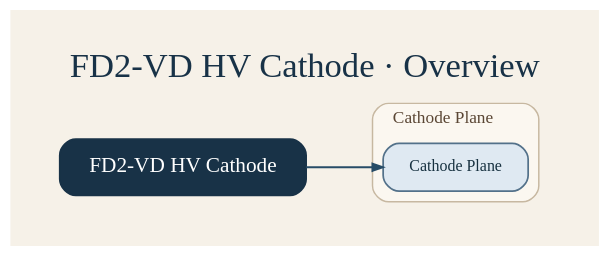
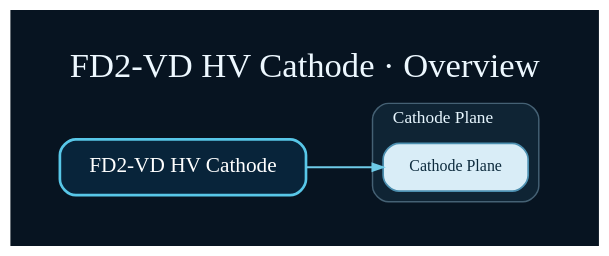
The diagram in docs/dot/fd2_vd_hv_cathode_overview.dot (marroyav/hardware-database), drawn with Graphviz before and after one commit. The commit also changed 93 other files, not shown here.

```diff
--- a/docs/dot/fd2_vd_hv_cathode_overview.dot
+++ b/docs/dot/fd2_vd_hv_cathode_overview.dot
@@ -1,40 +1,40 @@
 digraph HardwareModel {
   graph [
     rankdir=LR,
     splines=true,
     overlap=false,
     newrank=true,
     compound=true,
-    bgcolor="#f6f1e8",
+    bgcolor="#071421",
     pad="0.35",
     nodesep="0.45",
     ranksep="0.8",
     label="FD2-VD HV Cathode · Overview",
     labelloc="t",
     labeljust="l",
-    fontname="Iowan Old Style",
+    fontname="Avenir Next",
     fontsize=26,
-    fontcolor="#183247"
+    fontcolor="#edf8ff"
   ];
   node [fontname="Avenir Next", fontsize=12, margin="0.18,0.12", penwidth=1.3];
-  edge [fontname="Avenir Next", fontsize=10, arrowsize=0.8, penwidth=1.2, color="#33536a", fontcolor="#33536a"];
+  edge [fontname="Avenir Next", fontsize=10, arrowsize=0.8, penwidth=1.2, color="#6ecbe8", fontcolor="#bdefff"];
 
-  fd2_vd_hv_cathode [label="FD2-VD HV Cathode", fontname="Avenir Next", URL="../explorer.html#object=fd2_vd_hv_cathode", target="_top", tooltip="Open FD2-VD HV Cathode in the interactive explorer", shape="box", style="rounded,filled", fillcolor="#183247", color="#183247", fontcolor="#ffffff", fontsize="16", margin="0.24,0.16", penwidth="1.5"];
+  fd2_vd_hv_cathode [label="FD2-VD HV Cathode", fontname="Avenir Next", URL="../explorer.html#object=fd2_vd_hv_cathode", target="_top", tooltip="Open FD2-VD HV Cathode in the interactive explorer", shape="box", style="rounded,filled", fillcolor="#08243a", color="#58c7e8", fontcolor="#ffffff", fontsize="16", margin="0.24,0.16", penwidth="2.0"];
 
   subgraph cluster_fd2_vd_hv_cathode_cathode_plane {
     label="Cathode Plane";
     style="rounded,filled";
-    color="#c7b8a1";
-    fillcolor="#fbf7f0";
+    color="#456174";
+    fillcolor="#0f2434";
     penwidth=1.1;
     fontname="Avenir Next";
     fontsize=13;
-    fontcolor="#5a4634";
+    fontcolor="#e8f7ff";
     URL="../explorer.html#object=fd2_vd_hv_cathode.cathode_plane";
     target="_top";
     tooltip="Open Cathode Plane in the interactive explorer";
-    fd2_vd_hv_cathode_cathode_plane_assembly [label="Cathode Plane", fontname="Avenir Next", URL="../explorer.html#object=fd2_vd_hv_cathode.cathode_plane_assembly", target="_top", tooltip="Open Cathode Plane in the interactive explorer", shape="box", style="rounded,filled", fillcolor="#dfe9f2", color="#53718a", fontcolor="#173140"];
+    fd2_vd_hv_cathode_cathode_plane_assembly [label="Cathode Plane", fontname="Avenir Next", URL="../explorer.html#object=fd2_vd_hv_cathode.cathode_plane_assembly", target="_top", tooltip="Open Cathode Plane in the interactive explorer", shape="box", style="rounded,filled", fillcolor="#d9edf7", color="#4c8fb0", fontcolor="#0d2b3d"];
   }
 
-  fd2_vd_hv_cathode -> fd2_vd_hv_cathode_cathode_plane_assembly [URL="../explorer.html#object=relation%3A16", target="_top", tooltip="Open contains relation in the interactive explorer", color="#274c67", fontcolor="#274c67", penwidth="1.4"];
+  fd2_vd_hv_cathode -> fd2_vd_hv_cathode_cathode_plane_assembly [URL="../explorer.html#object=relation%3A16", target="_top", tooltip="Open contains relation in the interactive explorer", color="#6ecbe8", fontcolor="#bdefff", penwidth="1.4"];
 }
```
